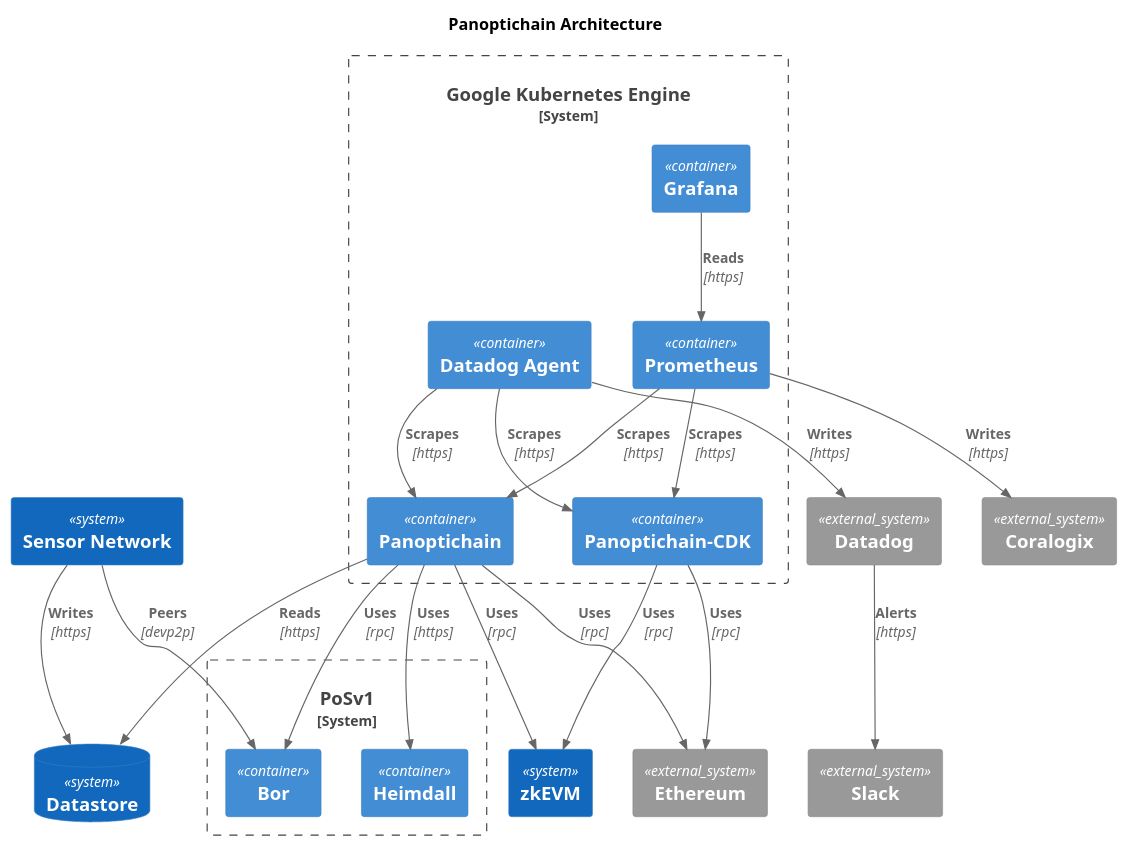
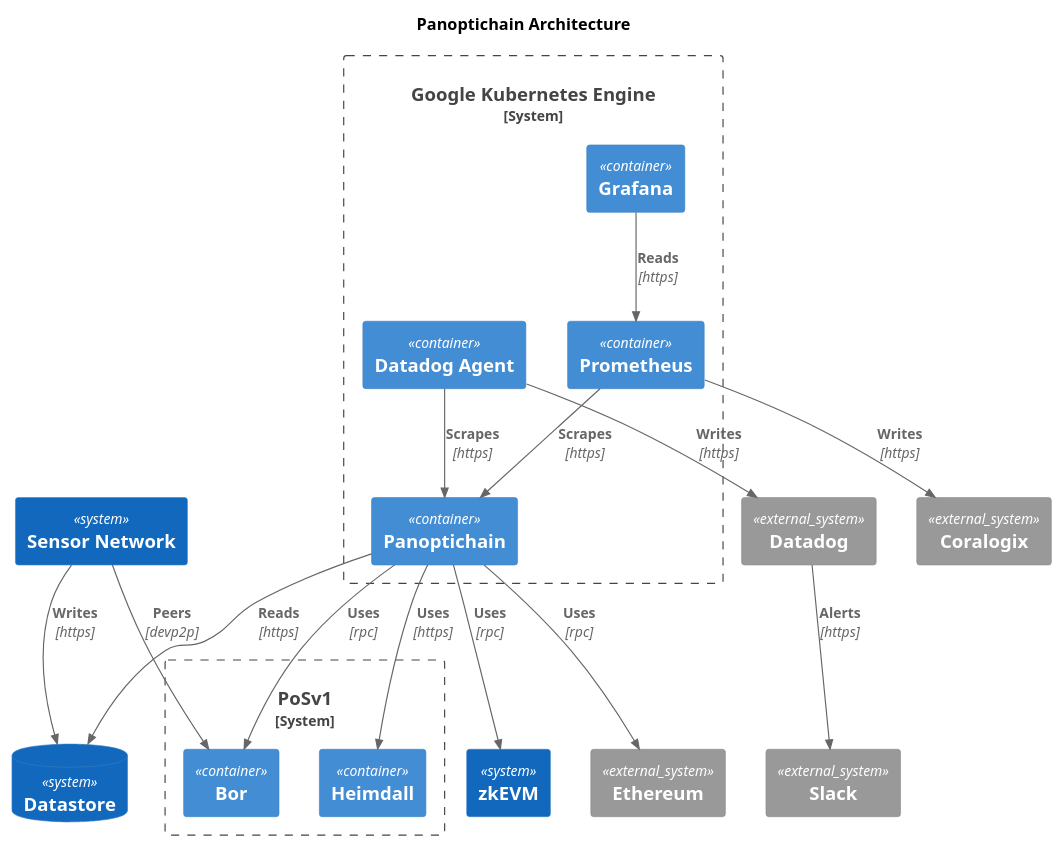
One commit to shibaone/panoptichain changed the diagram in docs/architecture.puml. Above: the diagram before and after it, drawn with PlantUML. The commit also changed 6 other files, not shown here.

Commit message:
docs: update architectures

```diff
--- a/docs/architecture.puml
+++ b/docs/architecture.puml
@@ -1,46 +1,40 @@
 @startuml architecture
 !include https://raw.githubusercontent.com/plantuml-stdlib/C4-PlantUML/master/C4_Component.puml
 
 title Panoptichain Architecture
 
 SystemDb(datastore, "Datastore")
 System(sensor_network, "Sensor Network")
 System(zkevm, "zkEVM")
 System_Ext(ethereum, "Ethereum")
 System_Boundary(posv1, "PoSv1") {
   Container(bor, "Bor")
   Container(heimdall, "Heimdall")
 }
 
 System_Boundary(gke, "Google Kubernetes Engine") {
   Container(panoptichain, "Panoptichain")
-  Container(panoptichain_cdk, "Panoptichain-CDK")
   Container(dd_agent, "Datadog Agent")
   Container(grafana, "Grafana")
   Container(prometheus, "Prometheus")
 }
 
 System_Ext(slack, "Slack")
 System_Ext(coralogix, "Coralogix")
 System_Ext(datadog, "Datadog")
 
 Rel(sensor_network, datastore, "Writes", "https")
 Rel(panoptichain, datastore, "Reads", "https")
 Rel(panoptichain, zkevm, "Uses", "rpc")
 Rel(panoptichain, ethereum, "Uses", "rpc")
 Rel(panoptichain, bor, "Uses", "rpc")
 Rel(panoptichain, heimdall, "Uses", "https")
 Rel(prometheus, panoptichain, "Scrapes", "https")
 Rel(grafana, prometheus, "Reads", "https")
 Rel(dd_agent, panoptichain, "Scrapes", "https")
 Rel(dd_agent, datadog, "Writes", "https")
 Rel(prometheus, coralogix, "Writes", "https")
 Rel(datadog, slack, "Alerts", "https")
 Rel(sensor_network, bor, "Peers", "devp2p")
 
-Rel(prometheus, panoptichain_cdk, "Scrapes", "https")
-Rel(dd_agent, panoptichain_cdk, "Scrapes", "https")
-Rel(panoptichain_cdk, zkevm, "Uses", "rpc")
-Rel(panoptichain_cdk, ethereum, "Uses", "rpc")
-
 @enduml
```
